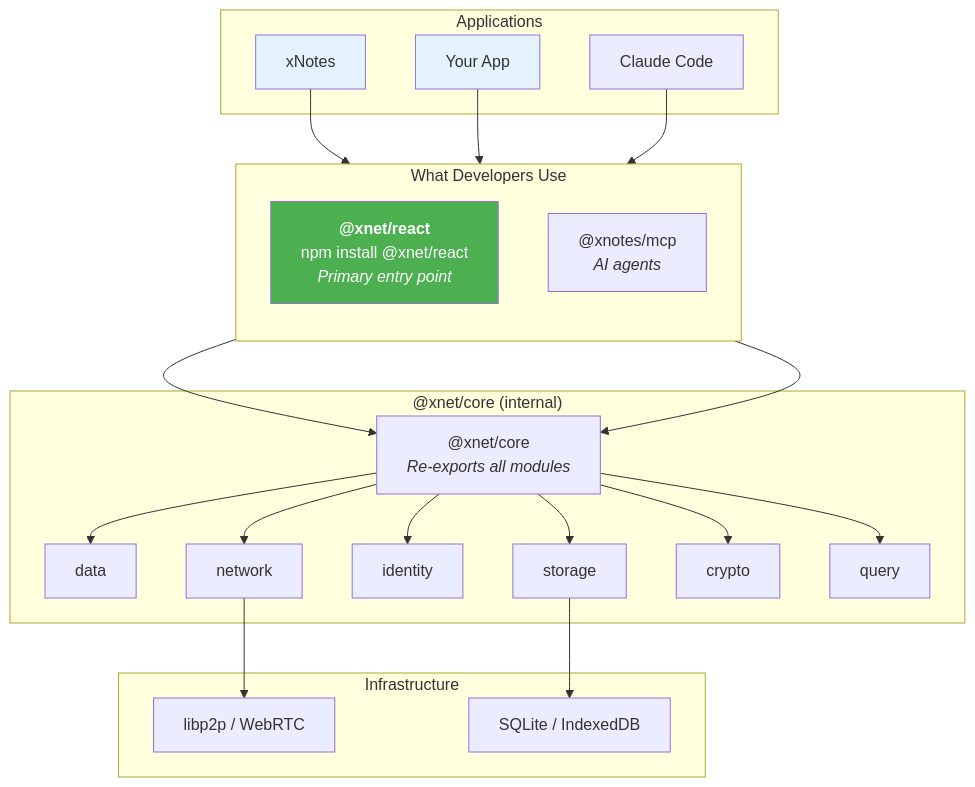
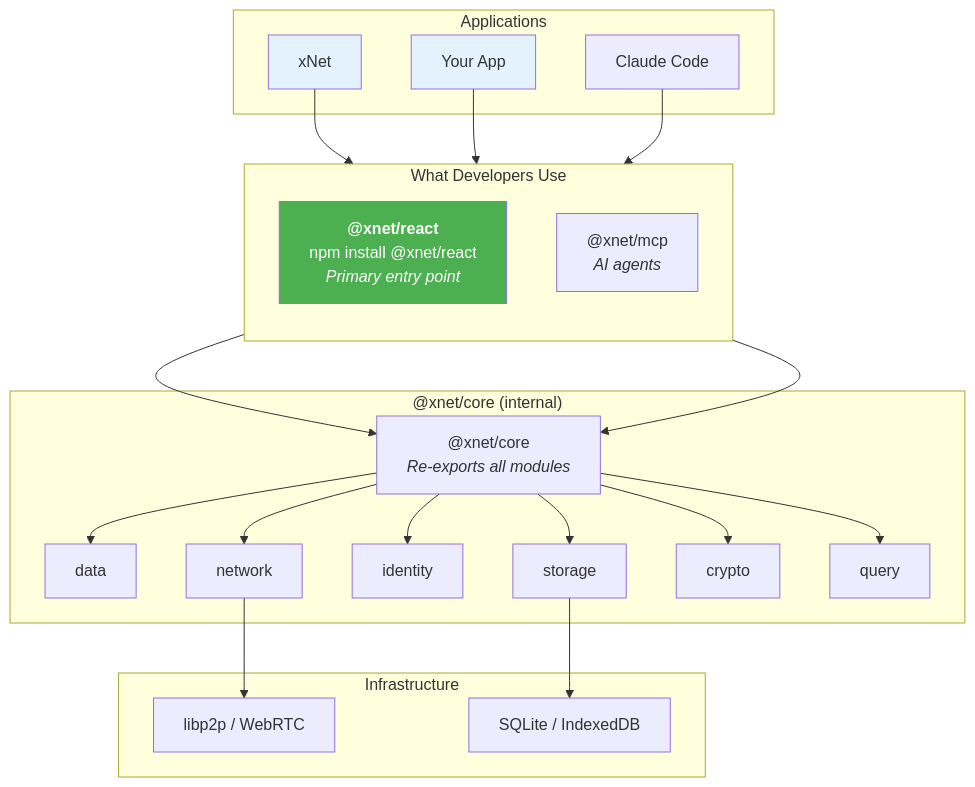
Before and after one commit to crs48/xNet: the first of 7 diagrams in docs/plan/01-xnet-core-platform.md, drawn with Mermaid. The commit also changed other lines of this file and 44 other files, not shown here.

First line of the commit message:
Rename xNotes to xNet throughout codebase

````diff
--- a/docs/plan/01-xnet-core-platform.md
+++ b/docs/plan/01-xnet-core-platform.md
@@ -17,47 +17,47 @@
 ```mermaid
 graph TB
     subgraph "What Developers Use"
         direction TB
         R1["<b>@xnet/react</b><br/>npm install @xnet/react<br/><i>Primary entry point</i>"]
-        M1["@xnotes/mcp<br/><i>AI agents</i>"]
+        M1["@xnet/mcp<br/><i>AI agents</i>"]
     end
 
     subgraph "Applications"
-        A1[xNotes]
+        A1[xNet]
         A2[Your App]
         AI1[Claude Code]
     end
 
     subgraph "@xnet/core (internal)"
         C0["@xnet/core<br/><i>Re-exports all modules</i>"]
         C1["data"]
         C2["network"]
         C3["identity"]
         C4["storage"]
         C5["crypto"]
         C6["query"]
     end
 
     subgraph "Infrastructure"
         T1[libp2p / WebRTC]
         B1[SQLite / IndexedDB]
     end
 
     A1 --> R1
     A2 --> R1
     AI1 --> M1
     R1 --> C0
     M1 --> C0
     C0 --> C1
     C0 --> C2
     C0 --> C3
     C0 --> C4
     C0 --> C5
     C0 --> C6
     C2 --> T1
     C4 --> B1
 
     style R1 fill:#4CAF50,color:#fff
     style A1 fill:#e3f2fd
     style A2 fill:#e3f2fd
 ```
````
